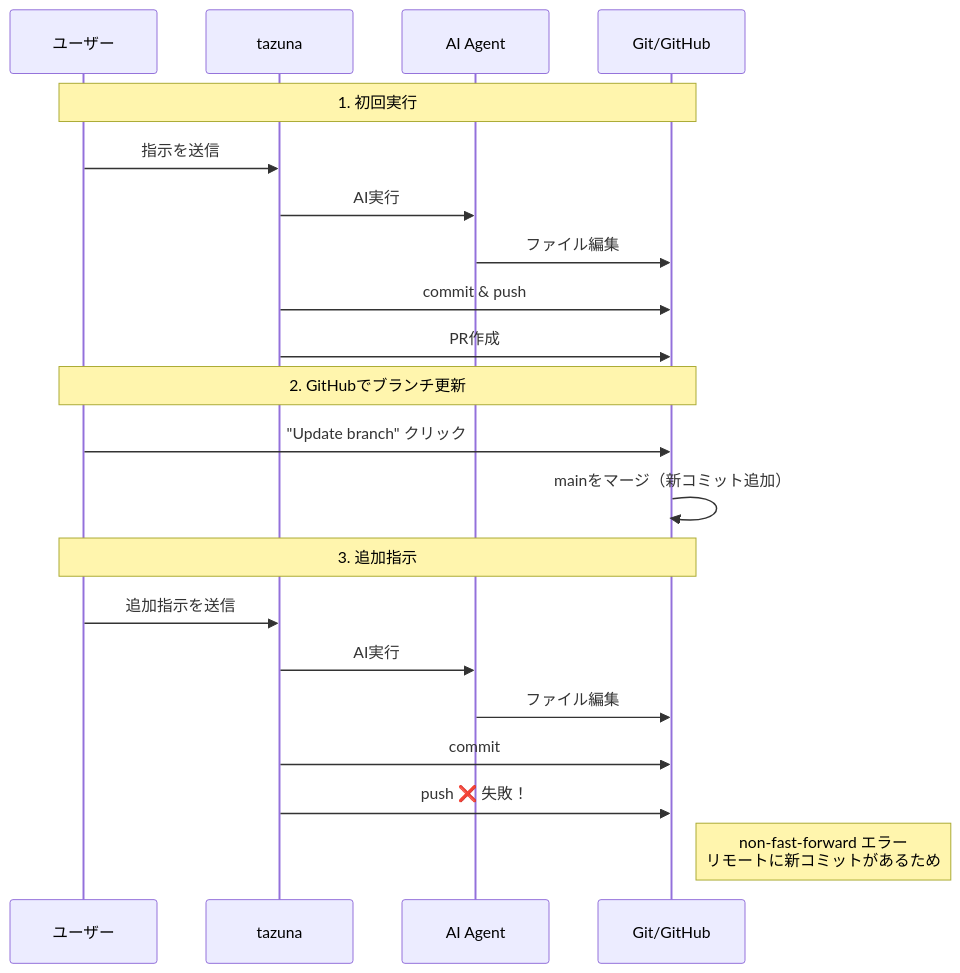
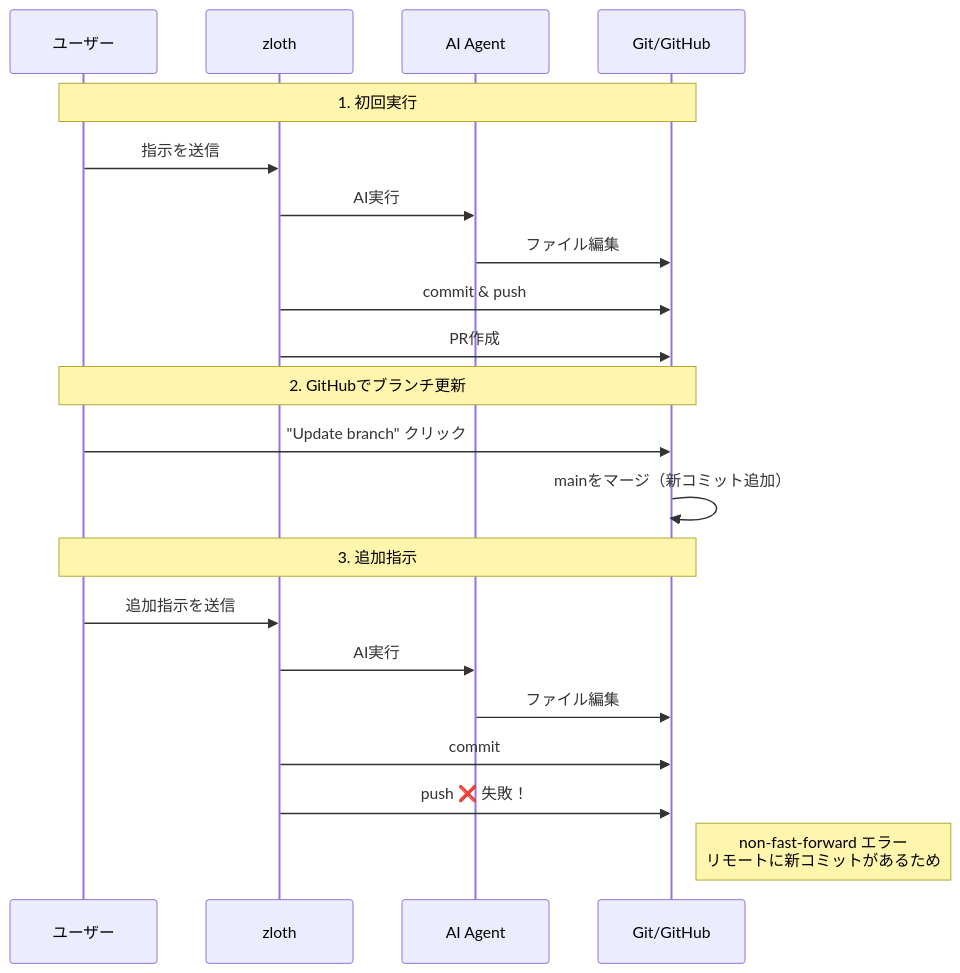
Before and after one commit to hampen2929/zloth: the first of 5 diagrams in docs/push_with_retry.md, drawn with Mermaid. The commit also changed other lines of this file and 175 other files, not shown here.

````diff
--- a/docs/push_with_retry.md
+++ b/docs/push_with_retry.md
@@ -11,26 +11,26 @@
 ```mermaid
 sequenceDiagram
     participant U as ユーザー
-    participant D as tazuna
+    participant D as zloth
     participant A as AI Agent
     participant G as Git/GitHub
 
     Note over U,G: 1. 初回実行
     U->>D: 指示を送信
     D->>A: AI実行
     A->>G: ファイル編集
     D->>G: commit & push
     D->>G: PR作成
 
     Note over U,G: 2. GitHubでブランチ更新
     U->>G: "Update branch" クリック
     G->>G: mainをマージ（新コミット追加）
 
     Note over U,G: 3. 追加指示
     U->>D: 追加指示を送信
     D->>A: AI実行
     A->>G: ファイル編集
     D->>G: commit
     D->>G: push ❌ 失敗！
     Note right of G: non-fast-forward エラー<br/>リモートに新コミットがあるため
 ```
````
